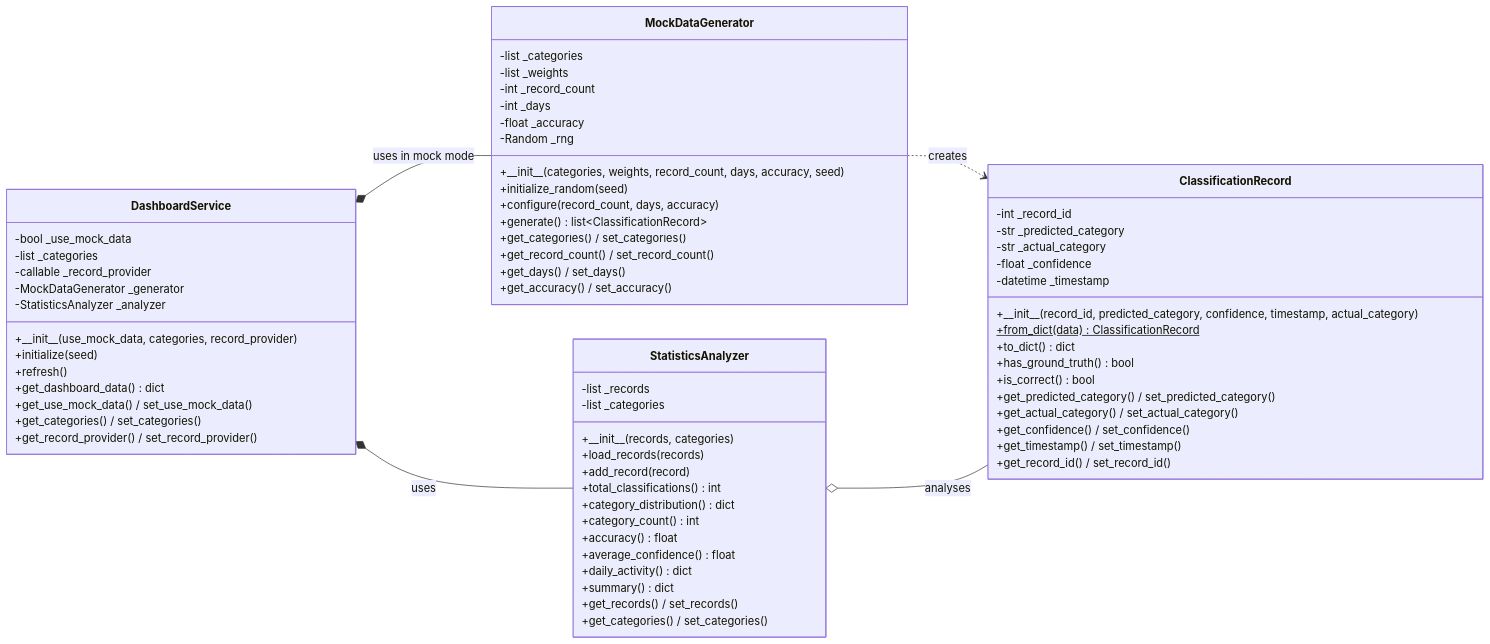
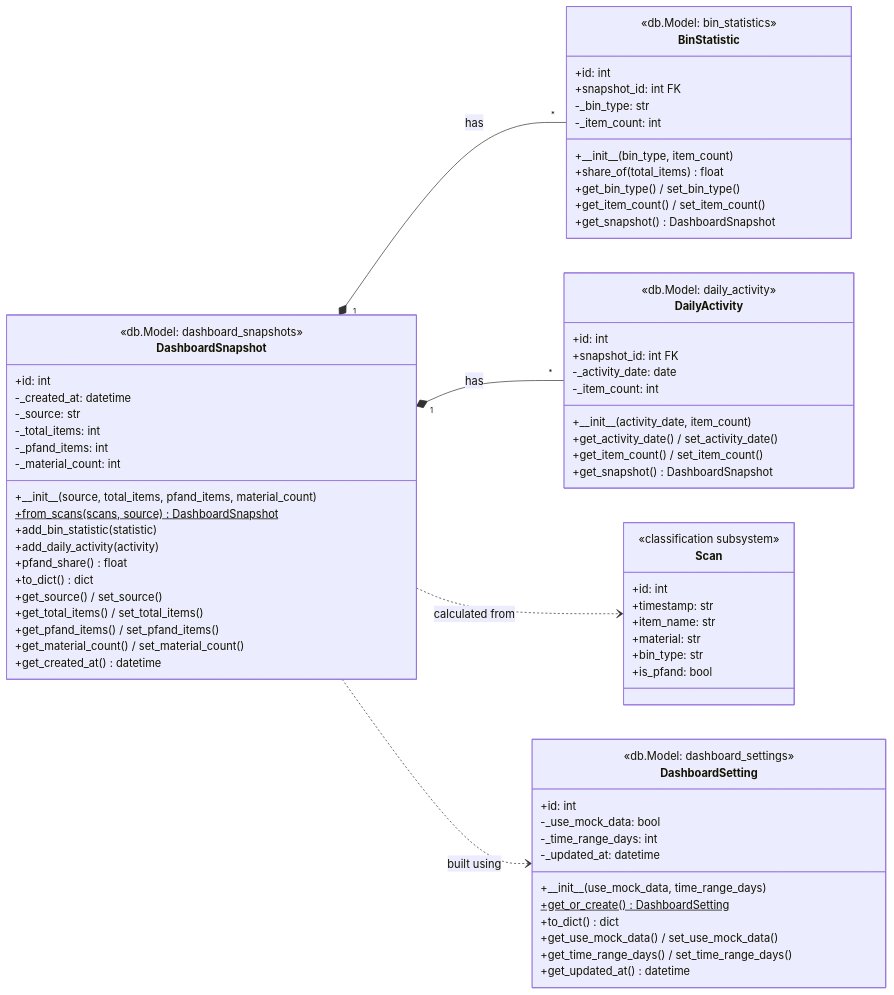
One commit to b-ahmoo/CPC---AI-Waste-Classification-System changed the diagram in README.md. Above: the diagram before and after it, drawn with Mermaid. The commit also changed other lines of this file and 15 other files, not shown here.

````diff
--- a/README.md
+++ b/README.md
@@ -96,71 +96,73 @@
 ```mermaid
 classDiagram
     direction LR
-    class ClassificationRecord {
-        -int _record_id
-        -str _predicted_category
-        -str _actual_category
-        -float _confidence
-        -datetime _timestamp
-        +#95;#95;init#95;#95;(record_id, predicted_category, confidence, timestamp, actual_category)
-        +from_dict(data)$ ClassificationRecord
+    class Scan {
+        <<classification subsystem>>
+        +id: int
+        +timestamp: str
+        +item_name: str
+        +material: str
+        +bin_type: str
+        +is_pfand: bool
+    }
+    class DashboardSetting {
+        <<db.Model: dashboard_settings>>
+        +id: int
+        -_use_mock_data: bool
+        -_time_range_days: int
+        -_updated_at: datetime
+        +#95;#95;init#95;#95;(use_mock_data, time_range_days)
+        +get_or_create()$ DashboardSetting
         +to_dict() dict
-        +has_ground_truth() bool
-        +is_correct() bool
-        +get_predicted_category() / set_predicted_category()
-        +get_actual_category() / set_actual_category()
-        +get_confidence() / set_confidence()
-        +get_timestamp() / set_timestamp()
-        +get_record_id() / set_record_id()
+        +get_use_mock_data() / set_use_mock_data()
+        +get_time_range_days() / set_time_range_days()
+        +get_updated_at() datetime
     }
-    class MockDataGenerator {
-        -list _categories
-        -list _weights
-        -int _record_count
-        -int _days
-        -float _accuracy
-        -Random _rng
-        +#95;#95;init#95;#95;(categories, weights, record_count, days, accuracy, seed)
-        +initialize_random(seed)
-        +configure(record_count, days, accuracy)
-        +generate() list~ClassificationRecord~
-        +get_categories() / set_categories()
-        +get_record_count() / set_record_count()
-        +get_days() / set_days()
-        +get_accuracy() / set_accuracy()
+    class DashboardSnapshot {
+        <<db.Model: dashboard_snapshots>>
+        +id: int
+        -_created_at: datetime
+        -_source: str
+        -_total_items: int
+        -_pfand_items: int
+        -_material_count: int
+        +#95;#95;init#95;#95;(source, total_items, pfand_items, material_count)
+        +from_scans(scans, source)$ DashboardSnapshot
+        +add_bin_statistic(statistic)
+        +add_daily_activity(activity)
+        +pfand_share() float
+        +to_dict() dict
+        +get_source() / set_source()
+        +get_total_items() / set_total_items()
+        +get_pfand_items() / set_pfand_items()
+        +get_material_count() / set_material_count()
+        +get_created_at() datetime
     }
-    class StatisticsAnalyzer {
-        -list _records
-        -list _categories
-        +#95;#95;init#95;#95;(records, categories)
-        +load_records(records)
-        +add_record(record)
-        +total_classifications() int
-        +category_distribution() dict
-        +category_count() int
-        +accuracy() float
-        +average_confidence() float
-        +daily_activity() dict
-        +summary() dict
-        +get_records() / set_records()
-        +get_categories() / set_categories()
+    class BinStatistic {
+        <<db.Model: bin_statistics>>
+        +id: int
+        +snapshot_id: int FK
+        -_bin_type: str
+        -_item_count: int
+        +#95;#95;init#95;#95;(bin_type, item_count)
+        +share_of(total_items) float
+        +get_bin_type() / set_bin_type()
+        +get_item_count() / set_item_count()
+        +get_snapshot() DashboardSnapshot
     }
-    class DashboardService {
-        -bool _use_mock_data
-        -list _categories
-        -callable _record_provider
-        -MockDataGenerator _generator
-        -StatisticsAnalyzer _analyzer
-        +#95;#95;init#95;#95;(use_mock_data, categories, record_provider)
-        +initialize(seed)
-        +refresh()
-        +get_dashboard_data() dict
-        +get_use_mock_data() / set_use_mock_data()
-        +get_categories() / set_categories()
-        +get_record_provider() / set_record_provider()
+    class DailyActivity {
+        <<db.Model: daily_activity>>
+        +id: int
+        +snapshot_id: int FK
+        -_activity_date: date
+        -_item_count: int
+        +#95;#95;init#95;#95;(activity_date, item_count)
+        +get_activity_date() / set_activity_date()
+        +get_item_count() / set_item_count()
+        +get_snapshot() DashboardSnapshot
     }
-    DashboardService *-- MockDataGenerator : uses in mock mode
-    DashboardService *-- StatisticsAnalyzer : uses
-    MockDataGenerator ..> ClassificationRecord : creates
-    StatisticsAnalyzer o-- ClassificationRecord : analyses
+    DashboardSnapshot "1" *-- "*" BinStatistic : has
+    DashboardSnapshot "1" *-- "*" DailyActivity : has
+    DashboardSnapshot ..> Scan : calculated from
+    DashboardSnapshot ..> DashboardSetting : built using
 ```
````
